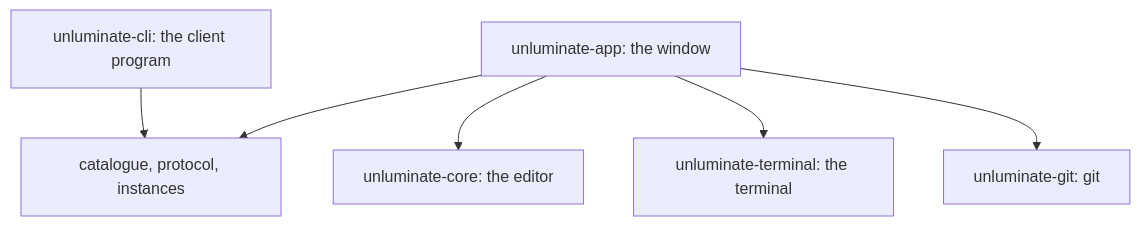
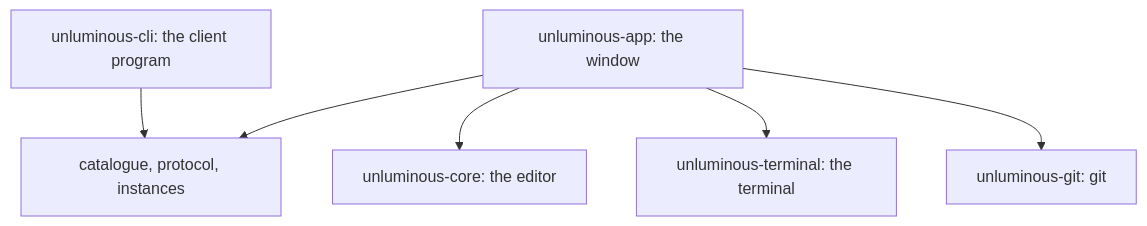
One commit to Black-Rainbow-Labs/Unluminous changed the diagram in README.md. Above: the diagram before and after it, drawn with Mermaid. The commit also changed other lines of this file and 1327 other files, not shown here.

````diff
--- a/README.md
+++ b/README.md
@@ -413,15 +413,15 @@
 ```mermaid
 flowchart TD
-    cli[unluminate-cli: the client program]
-    app[unluminate-app: the window]
-    core[unluminate-core: the editor]
-    term[unluminate-terminal: the terminal]
-    git[unluminate-git: git]
+    cli[unluminous-cli: the client program]
+    app[unluminous-app: the window]
+    core[unluminous-core: the editor]
+    term[unluminous-terminal: the terminal]
+    git[unluminous-git: git]
     shared[catalogue, protocol, instances]
 
     cli --> shared
     app --> shared
     app --> core
     app --> term
     app --> git
 ```
````
